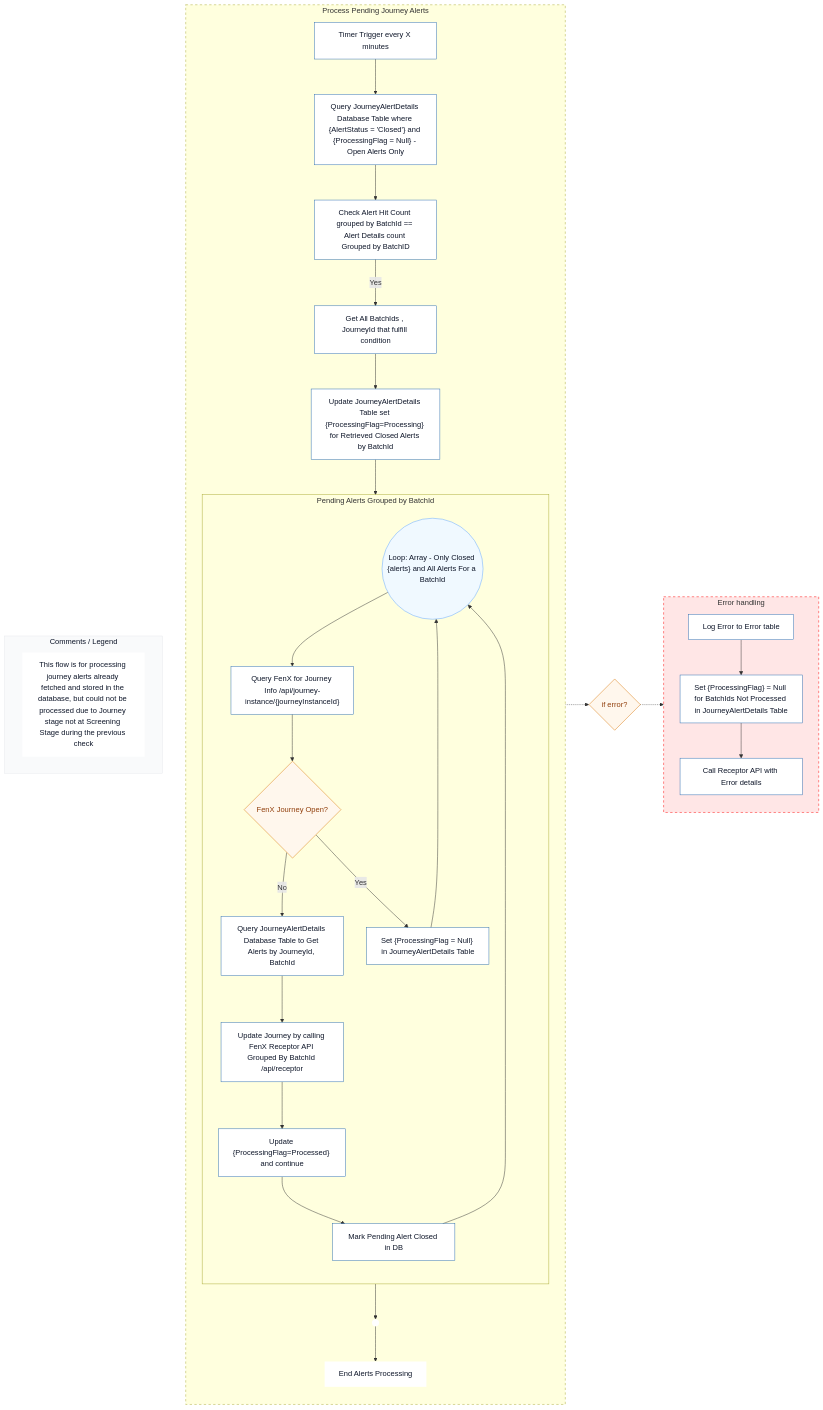
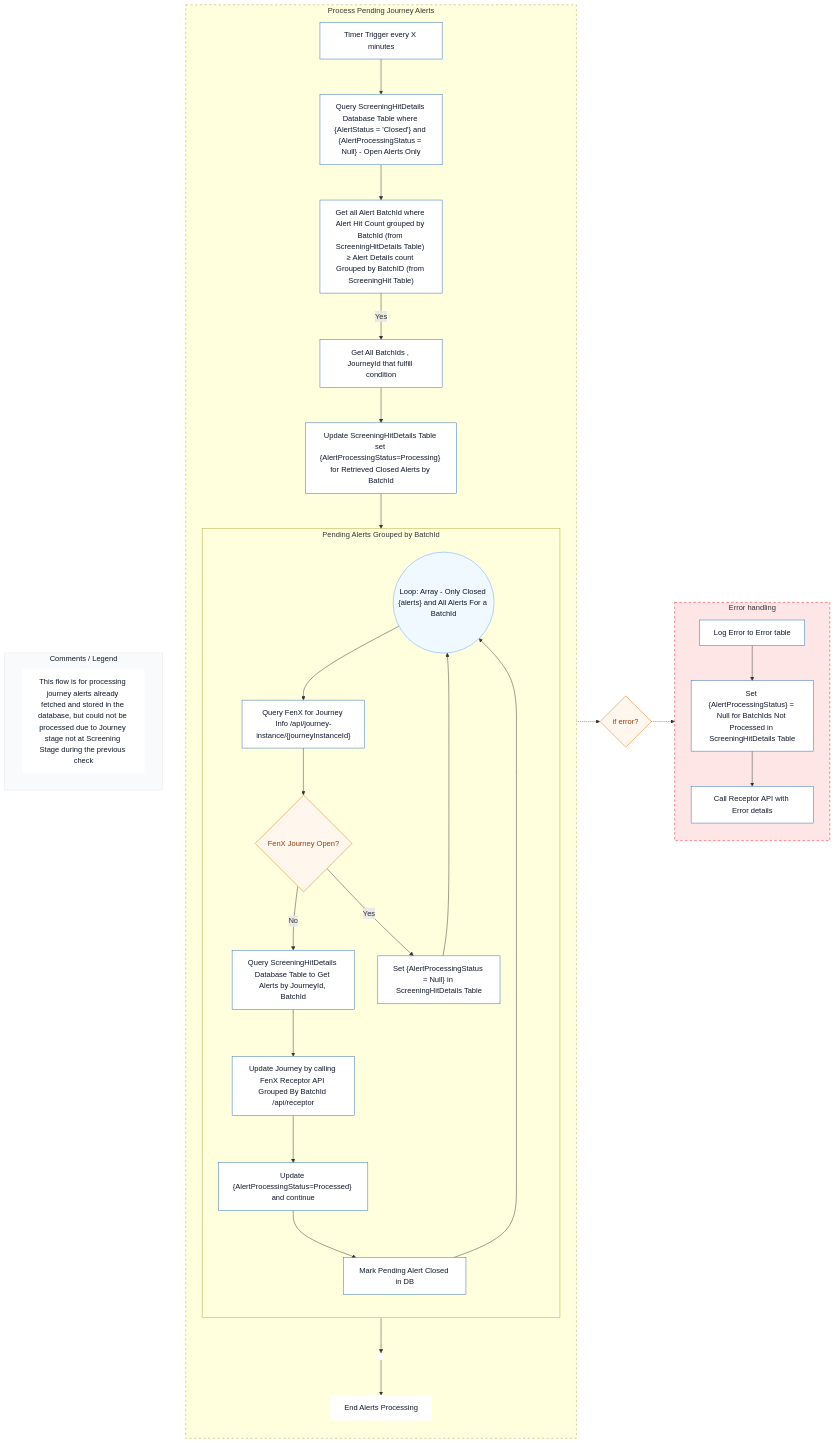
The diagram in Arch_Diagrams/v2/AlertFlow2.mmd (jojokoshy/Architecture_Diagrams_Python_AI), drawn with Mermaid before and after one commit. The commit also changed 2 other files, not shown here.

Commit message:
Refactor flow diagrams and ERD: update table references and data types for clarity and consistency

```diff
--- a/Arch_Diagrams/v2/AlertFlow2.mmd
+++ b/Arch_Diagrams/v2/AlertFlow2.mmd
@@ -1,61 +1,61 @@
 %%{init: {"theme":"default","themeVariables": {"background":"#ffffff","fontSize":"14"}}}%%
 flowchart LR
 classDef step fill:#ffffff,stroke:#2b6cb0,color:#0f172a,stroke-width:1px;
 classDef decision fill:#fff7ed,stroke:#d97706,color:#92400e,stroke-width:1px;
 classDef loop fill:#f0f9ff,stroke:#60a5fa,color:#0f172a,stroke-width:1px;
 classDef footer fill:#ffffff,stroke:none,color:#0f172a;
 
 subgraph Comments [Comments / Legend]
   direction LR
   style Comments fill:#f9fafb,stroke:#e5e7eb,color:#0f172a,stroke-width:1px;
   note1["This flow is for processing journey alerts already fetched and stored in the database, but could not be processed due to Journey stage not at Screening Stage during the previous check"]:::footer
 end
 
 %% Pending Alerts Flow
 subgraph MainFlow ["Process Pending Journey Alerts"]
 	direction TB 
 	A1["Timer Trigger every X minutes"]:::step
-	A1 --> A2["Query JourneyAlertDetails Database Table where {AlertStatus = 'Closed'} and {ProcessingFlag = Null} - Open Alerts Only"]:::step
-	A2 --> AlertCheckCondition["Check Alert Hit Count grouped by BatchId == Alert Details count Grouped by BatchID"]:::step
+	A1 --> A2["Query ScreeningHitDetails Database Table where {AlertStatus = 'Closed'} and {AlertProcessingStatus = Null} - Open Alerts Only"]:::step
+	A2 --> AlertCheckCondition["Get all Alert BatchId where Alert Hit Count grouped by BatchId (from ScreeningHitDetails Table) ≥ Alert Details count Grouped by BatchID (from ScreeningHit Table)"]:::step
 	%% A3 -->AlertCheckCondition["Check Alert Hit Count grouped by BatchId == Alert Details count Grouped by BatchID"]:::step
 	AlertCheckCondition -->|Yes| A4["Get All BatchIds , JourneyId that fulfill condition"]:::step 
-	A4 --> UpdateAlerts["Update JourneyAlertDetails Table set {ProcessingFlag=Processing} for Retrieved Closed Alerts by BatchId"]:::step
+	A4 --> UpdateAlerts["Update ScreeningHitDetails Table set {AlertProcessingStatus=Processing} for Retrieved Closed Alerts by BatchId"]:::step
 		
 	UpdateAlerts --> LoopStart(("Loop: Array - Only Closed {alerts} and All Alerts For a BatchId")):::loop
 	%%A2 --> LoopStart((Loop: Pending Alerts)):::loop
 
 	subgraph PendingLoop [Pending Alerts Grouped by BatchId]
 		direction TB
 		LoopStart --> E2["Query FenX for Journey Info /api/journey-instance/{journeyInstanceId}"]:::step
 		E2 --> M{"FenX Journey Open?"}:::decision
-		M -->|No| N0["Query JourneyAlertDetails Database Table to Get Alerts by JourneyId, BatchId"]:::step
-		M -->|Yes| I["Set {ProcessingFlag = Null} in JourneyAlertDetails Table  "]:::step
+		M -->|No| N0["Query ScreeningHitDetails Database Table to Get Alerts by JourneyId, BatchId"]:::step
+		M -->|Yes| I["Set {AlertProcessingStatus = Null} in ScreeningHitDetails Table  "]:::step
 		I --> LoopStart
 		N0 --> N1["Update Journey by calling FenX Receptor API Grouped By BatchId /api/receptor"]:::step
-		N1 --> N2["Update {ProcessingFlag=Processed} and continue"]:::step
+		N1 --> N2["Update {AlertProcessingStatus=Processed} and continue"]:::step
 		N2 --> N3["Mark Pending Alert Closed in DB"]:::step
 		N3 --> LoopStart
 	end
 	PendingLoop --> BottomAnchor((" "))
 	BottomAnchor --> O["End Alerts Processing"]:::footer
 	class BottomAnchor footer
 end
 style MainFlow stroke-dasharray: 5 5
 
 %% Decision between main and error blocks
 IfError{"if error?"}:::decision
 
 %% Error handling block to the right
 subgraph ErrorHandler ["Error handling"]
   direction TB
   EH1["Log Error to Error table"]:::step
-  EH2["Set {ProcessingFlag} = Null for BatchIds Not Processed in JourneyAlertDetails Table"]:::step
+  EH2["Set {AlertProcessingStatus} = Null for BatchIds Not Processed in ScreeningHitDetails Table"]:::step
   EH3["Call Receptor API with Error details"]:::step
   
   EH1 --> EH2 --> EH3
 end
 
 style ErrorHandler fill:#ffe6e6,stroke:#ff0000,stroke-dasharray: 5 5
 MainFlow -.-> IfError
 IfError -.-> ErrorHandler
 Comments ~~~MainFlow
```
